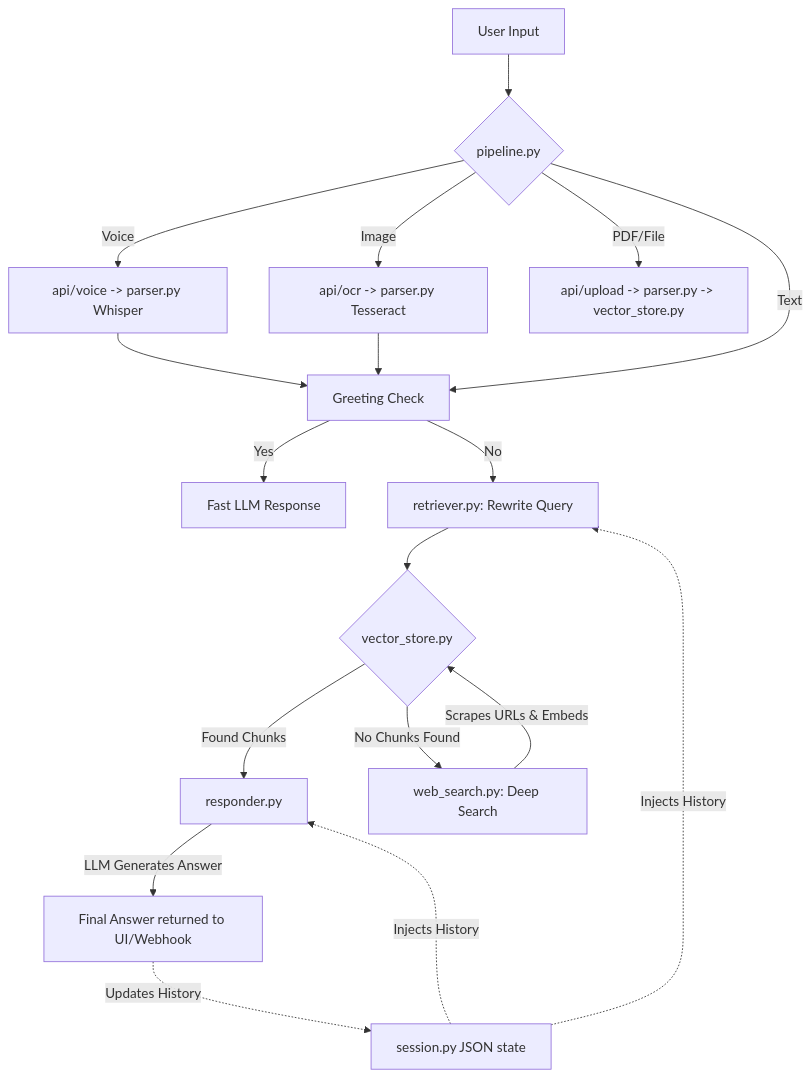
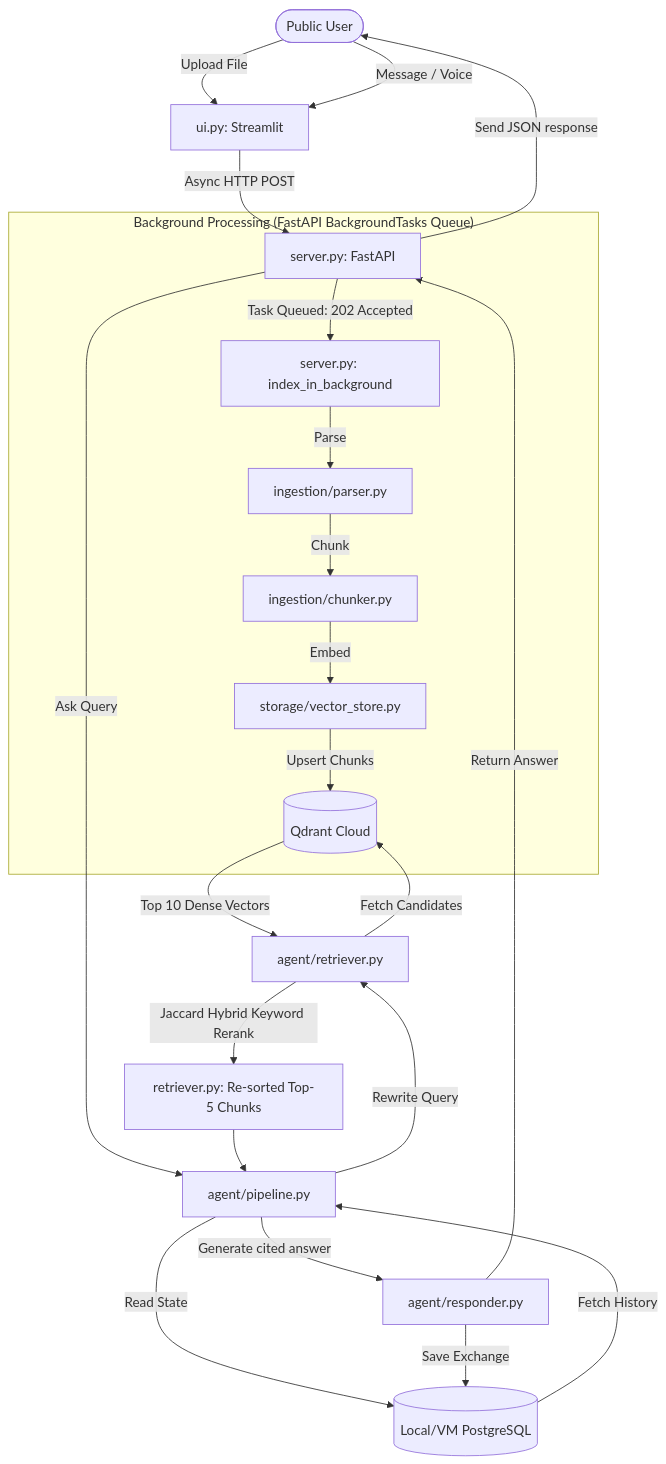
Before and after one commit to hatimsidhpurwala/Web-RAG: the diagram in README.md, drawn with Mermaid. The commit also changed other lines of this file and 2 other files, not shown here.

Commit message:
feat: complete local Postgres database, background workers, hybrid re-ranker, and documentation updates

````diff
--- a/README.md
+++ b/README.md
@@ -76,29 +55,32 @@
 ```mermaid
 graph TD
-    A[User Input] --> B{pipeline.py}
+    User([Public User]) -->|Upload File| UI[ui.py: Streamlit]
+    User -->|Message / Voice| UI
     
-    %% Input Routes
-    B -->|Voice| V[api/voice -> parser.py Whisper]
-    B -->|Image| I[api/ocr -> parser.py Tesseract]
-    B -->|PDF/File| F[api/upload -> parser.py -> vector_store.py]
-    B -->|Text| C[Greeting Check]
+    %% API Routing
+    UI -->|Async HTTP POST| API[server.py: FastAPI]
     
-    %% Processing
-    V --> C
-    I --> C
+    subgraph Background_Processing ["Background Processing (FastAPI BackgroundTasks Queue)"]
+        API -->|Task Queued: 202 Accepted| BG[server.py: index_in_background]
+        BG -->|Parse| P[ingestion/parser.py]
+        P -->|Chunk| C[ingestion/chunker.py]
+        C -->|Embed| VS[storage/vector_store.py]
+        VS -->|Upsert Chunks| QC[(Qdrant Cloud)]
+    end
     
-    C -->|Yes| G[Fast LLM Response]
-    C -->|No| R[retriever.py: Rewrite Query]
+    %% RAG Pipeline Flow
+    API -->|Ask Query| PIPE[agent/pipeline.py]
+    PIPE -->|Read State| DB[(Local/VM PostgreSQL)]
+    DB -->|Fetch History| PIPE
     
-    R --> S{vector_store.py}
-    S -->|Found Chunks| P[responder.py]
-    S -->|No Chunks Found| W[web_search.py: Deep Search]
+    PIPE -->|Rewrite Query| RET[agent/retriever.py]
+    RET -->|Fetch Candidates| QC
+    QC -->|Top 10 Dense Vectors| RET
+    RET -->|Jaccard Hybrid Keyword Rerank| HBR[retriever.py: Re-sorted Top-5 Chunks]
     
-    W -->|Scrapes URLs & Embeds| S
-    P -->|LLM Generates Answer| E[Final Answer returned to UI/Webhook]
-    
-    %% State Management
-    E -.->|Updates History| M[session.py JSON state]
-    M -.->|Injects History| R
-    M -.->|Injects History| P
+    HBR --> PIPE
+    PIPE -->|Generate cited answer| RESP[agent/responder.py]
+    RESP -->|Save Exchange| DB
+    RESP -->|Return Answer| API
+    API -->|Send JSON response| User
 ```
````
